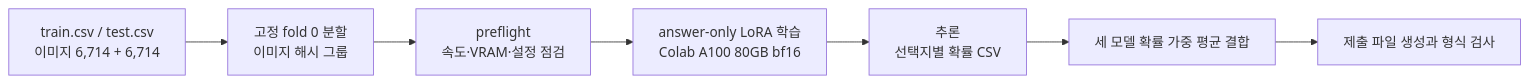
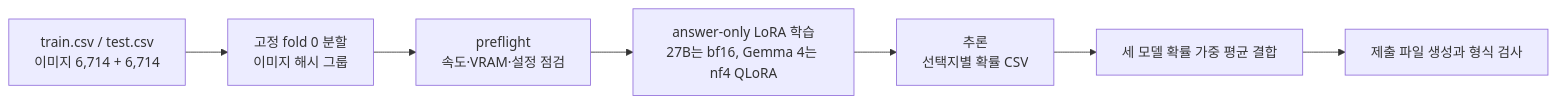
One commit to bnbong/Astralopithecus changed the diagram in README.md. Above: the diagram before and after it, drawn with Mermaid. The commit also changed other lines of this file and 9 other files, not shown here.

````diff
--- a/README.md
+++ b/README.md
@@ -84,9 +102,9 @@
 ```mermaid
 graph LR
     D[train.csv / test.csv<br/>이미지 6,714 + 6,714] --> S[고정 fold 0 분할<br/>이미지 해시 그룹]
     S --> P[preflight<br/>속도·VRAM·설정 점검]
-    P --> T[answer-only LoRA 학습<br/>Colab A100 80GB bf16]
+    P --> T[answer-only LoRA 학습<br/>27B는 bf16, Gemma 4는 nf4 QLoRA]
     T --> I[추론<br/>선택지별 확률 CSV]
     I --> B[세 모델 확률 가중 평균 결합]
     B --> U[제출 파일 생성과 형식 검사]
 ```
````
